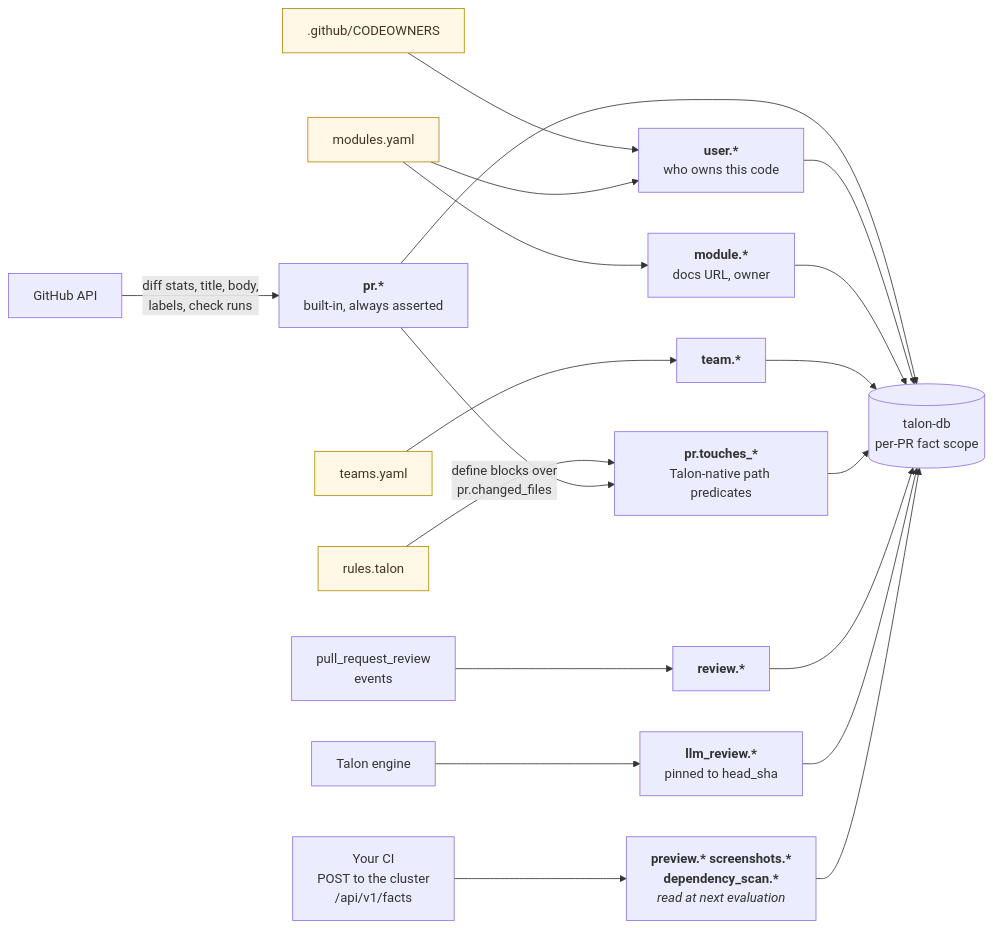
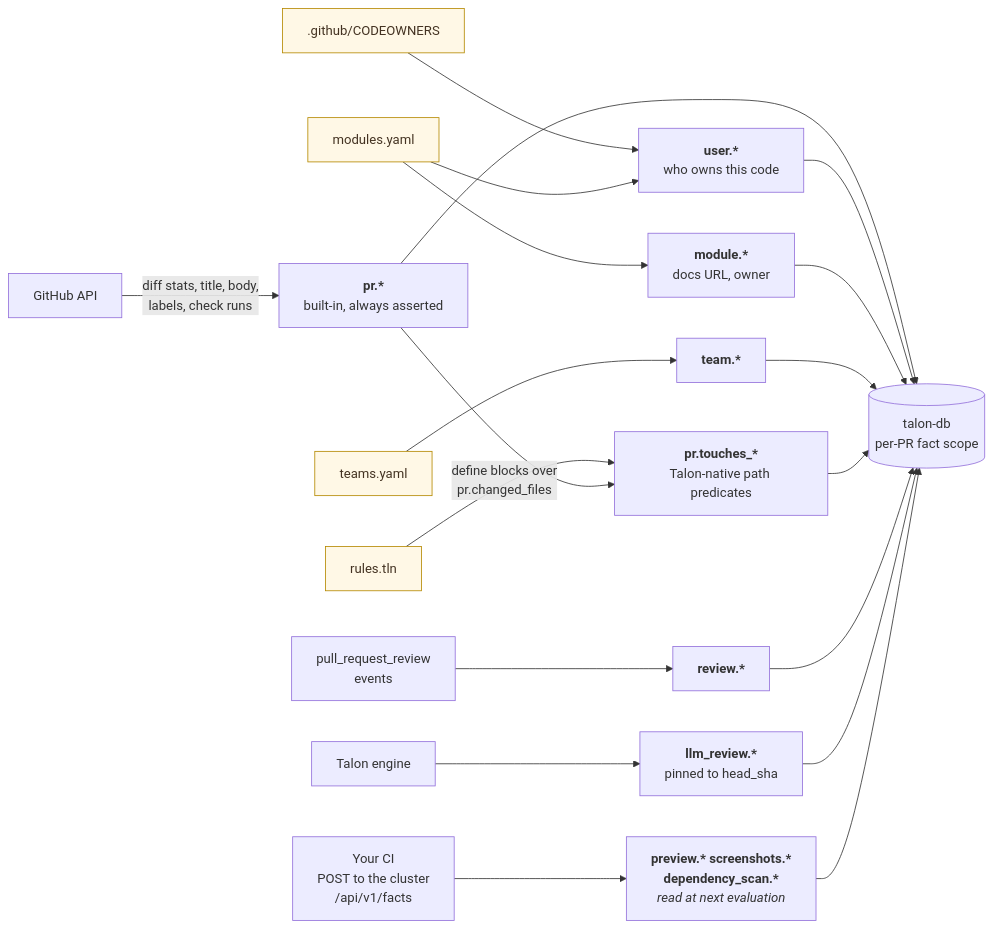
Before and after one commit to opentalon/talooner: the tenth of 10 diagrams in diagrams.md, drawn with Mermaid. The commit also changed other lines of this file and 4 other files, not shown here.

Commit message:
Update .talon references to .tln

````diff
--- a/diagrams.md
+++ b/diagrams.md
@@ -467,25 +467,25 @@
 ```mermaid
 flowchart LR
     GHAPI["GitHub API"] -->|"diff stats, title, body,<br/>labels, check runs"| PRF["<b>pr.*</b><br/>built-in, always asserted"]
     CO[".github/CODEOWNERS"] --> USR["<b>user.*</b><br/>who owns this code"]
     MOD["modules.yaml"] --> USR
     MOD --> MODF["<b>module.*</b><br/>docs URL, owner"]
     TEAMS["teams.yaml"] --> TF["<b>team.*</b>"]
-    RULES["rules.talon"] -->|"define blocks over<br/>pr.changed_files"| TOUCH["<b>pr.touches_*</b><br/>Talon-native path predicates"]
+    RULES["rules.tln"] -->|"define blocks over<br/>pr.changed_files"| TOUCH["<b>pr.touches_*</b><br/>Talon-native path predicates"]
     PRF --> TOUCH
     REV["pull_request_review<br/>events"] --> REVF["<b>review.*</b>"]
     ENGINE["Talon engine"] --> LLMF["<b>llm_review.*</b><br/>pinned to head_sha"]
     YOURCI["Your CI<br/>POST to the cluster<br/>/api/v1/facts"] --> CUSTOM["<b>preview.* screenshots.*<br/>dependency_scan.*</b><br/><i>read at next evaluation</i>"]
 
     PRF --> STORE[("talon-db<br/>per-PR fact scope")]
     USR --> STORE
     MODF --> STORE
     TF --> STORE
     TOUCH --> STORE
     REVF --> STORE
     LLMF --> STORE
     CUSTOM --> STORE
 
     classDef repo fill:#fff8e6,stroke:#b58900,color:#432
     class CO,MOD,TEAMS,RULES repo
 ```
````
